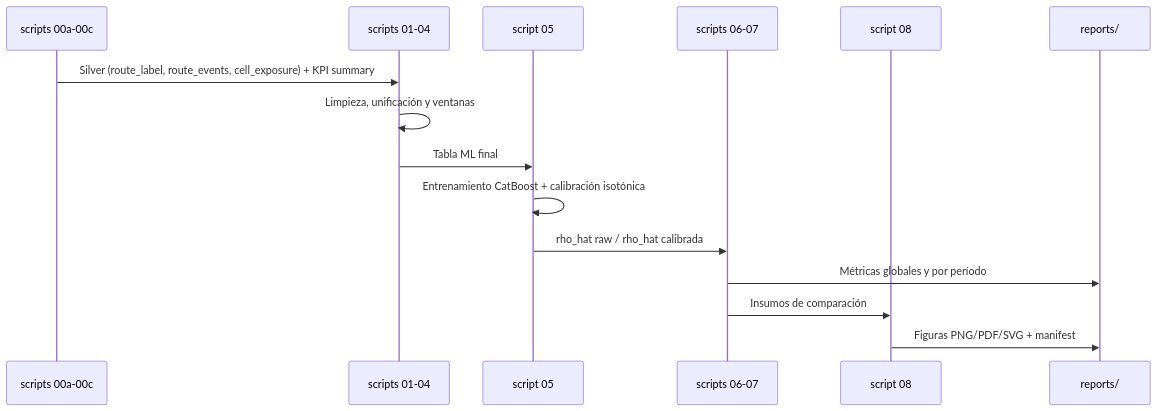
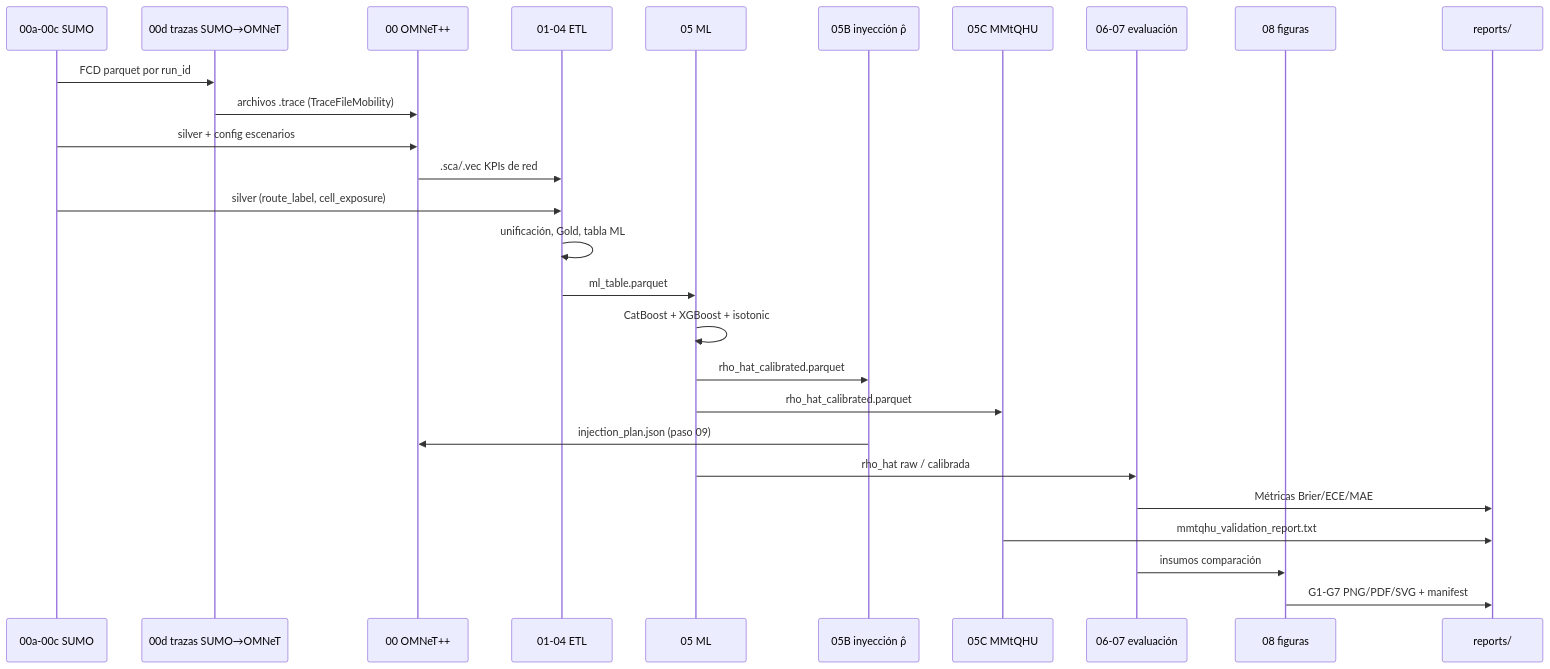
One commit to josearpa123/InTAS_Gradient_Boosting changed the third of 3 diagrams in README.md. Above: the diagram before and after it, drawn with Mermaid. The commit also changed other lines of this file and 23 other files, not shown here.

````diff
--- a/README.md
+++ b/README.md
@@ -123,18 +140,30 @@
 ```mermaid
 sequenceDiagram
-    participant SIM as scripts 00a-00c
-    participant ETL as scripts 01-04
-    participant ML as script 05
-    participant EV as scripts 06-07
-    participant FG as script 08
+    participant SIM as 00a-00c SUMO
+    participant TRC as 00d trazas SUMO→OMNeT
+    participant OMN as 00 OMNeT++
+    participant ETL as 01-04 ETL
+    participant ML as 05 ML
+    participant INJ as 05B inyección ρ̂
+    participant MMT as 05C MMtQHU
+    participant EV as 06-07 evaluación
+    participant FG as 08 figuras
     participant R as reports/
 
-    SIM->>ETL: Silver (route_label, route_events, cell_exposure) + KPI summary
-    ETL->>ETL: Limpieza, unificación y ventanas
-    ETL->>ML: Tabla ML final
-    ML->>ML: Entrenamiento CatBoost + calibración isotónica
-    ML->>EV: rho_hat raw / rho_hat calibrada
-    EV->>R: Métricas globales y por período
-    EV->>FG: Insumos de comparación
-    FG->>R: Figuras PNG/PDF/SVG + manifest
+    SIM->>TRC: FCD parquet por run_id
+    TRC->>OMN: archivos .trace (TraceFileMobility)
+    SIM->>OMN: silver + config escenarios
+    OMN->>ETL: .sca/.vec KPIs de red
+    SIM->>ETL: silver (route_label, cell_exposure)
+    ETL->>ETL: unificación, Gold, tabla ML
+    ETL->>ML: ml_table.parquet
+    ML->>ML: CatBoost + XGBoost + isotonic
+    ML->>INJ: rho_hat_calibrated.parquet
+    ML->>MMT: rho_hat_calibrated.parquet
+    INJ->>OMN: injection_plan.json (paso 09)
+    ML->>EV: rho_hat raw / calibrada
+    EV->>R: Métricas Brier/ECE/MAE
+    MMT->>R: mmtqhu_validation_report.txt
+    EV->>FG: insumos comparación
+    FG->>R: G1-G7 PNG/PDF/SVG + manifest
 ```
````
